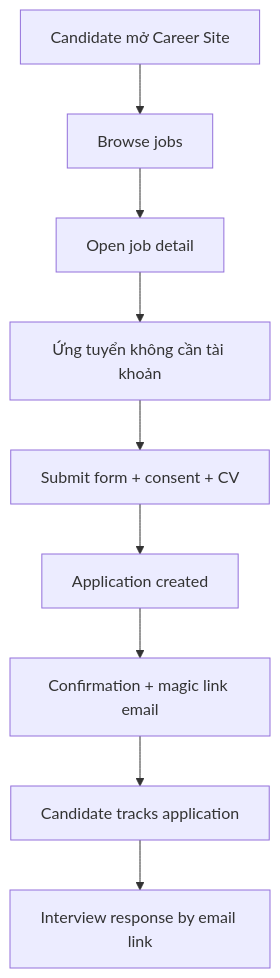
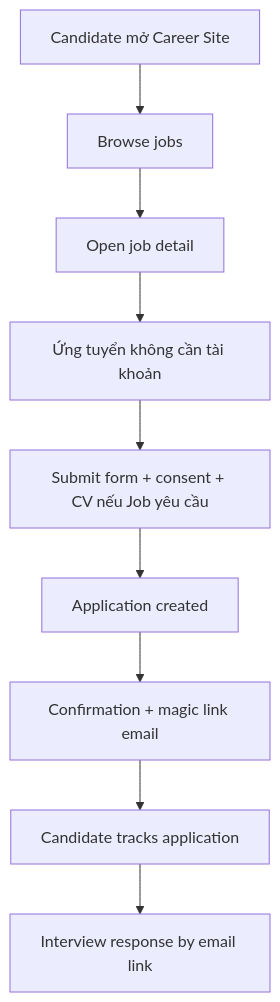
The diagram in nghiep_vu/epic-06_Career_Site/brief.md (VanHaPtit/EasyTech_FE), drawn with Mermaid before and after one commit. The commit also changed other lines of this file and 7 other files, not shown here.

````diff
--- a/nghiep_vu/epic-06_Career_Site/brief.md
+++ b/nghiep_vu/epic-06_Career_Site/brief.md
@@ -15,11 +15,11 @@
 ```mermaid
 graph TD
   A[Candidate mở Career Site] --> B[Browse jobs]
   B --> C[Open job detail]
   C --> D[Ứng tuyển không cần tài khoản]
-  D --> E[Submit form + consent + CV]
+  D --> E[Submit form + consent + CV nếu Job yêu cầu]
   E --> F[Application created]
   F --> G[Confirmation + magic link email]
   G --> H[Candidate tracks application]
   H --> I[Interview response by email link]
 ```
````
